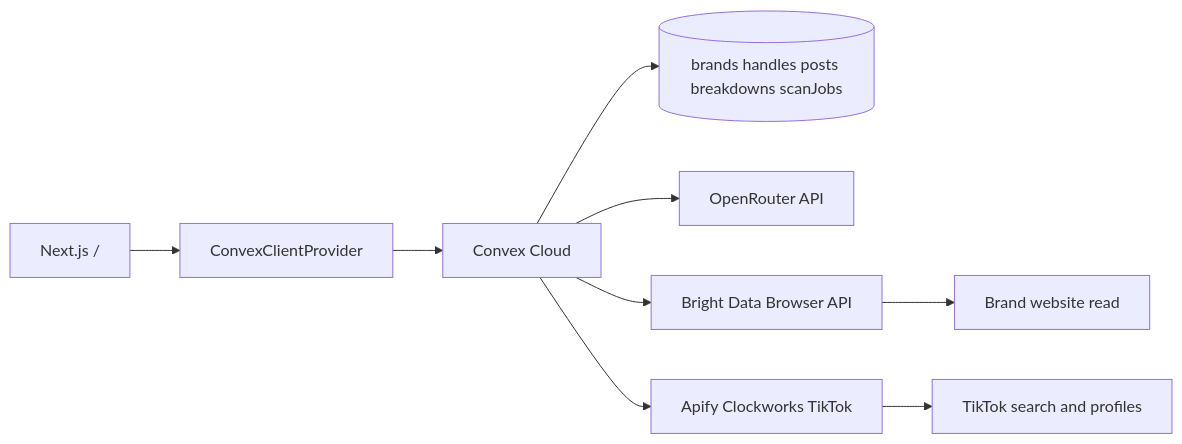
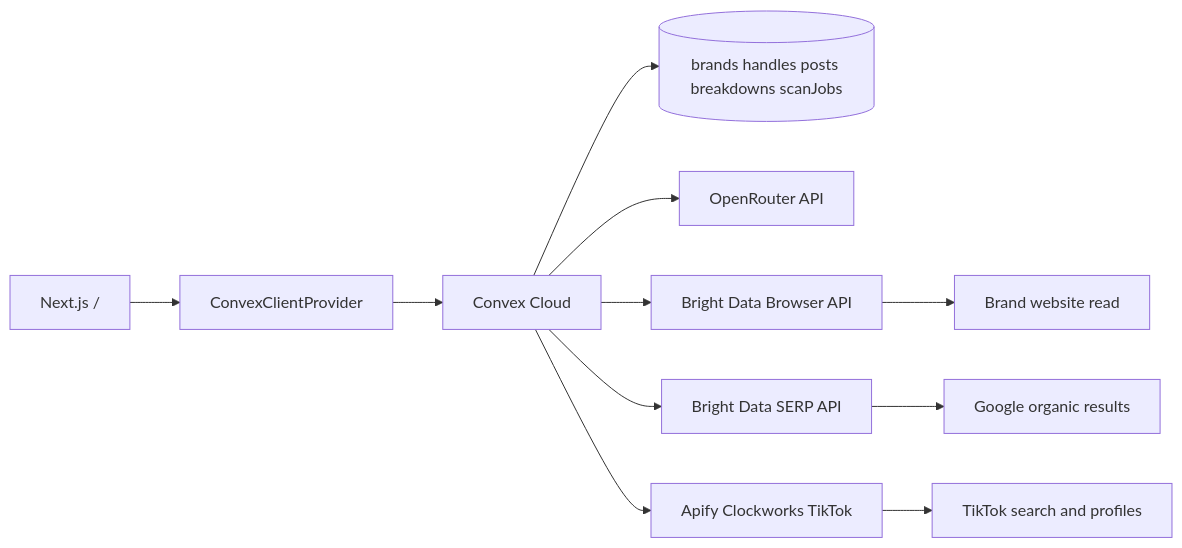
The diagram in docs/LIVE.md (sid-kiwilab/viralradar), drawn with Mermaid before and after one commit. The commit also changed other lines of this file and 19 other files, not shown here.

````diff
--- a/docs/LIVE.md
+++ b/docs/LIVE.md
@@ -35,11 +35,13 @@
 ```mermaid
 flowchart LR
   Home["Next.js /"] --> ConvexClient[ConvexClientProvider]
   ConvexClient --> ConvexCloud[Convex Cloud]
   ConvexCloud --> Schema[(brands handles posts breakdowns scanJobs)]
   ConvexCloud --> OpenRouter[OpenRouter API]
   ConvexCloud --> BrowserAPI[Bright Data Browser API]
+  ConvexCloud --> SerpAPI[Bright Data SERP API]
   ConvexCloud --> Apify[Apify Clockworks TikTok]
   BrowserAPI --> BrandSite[Brand website read]
+  SerpAPI --> GoogleSearch[Google organic results]
   Apify --> TikTok[TikTok search and profiles]
 ```
````
